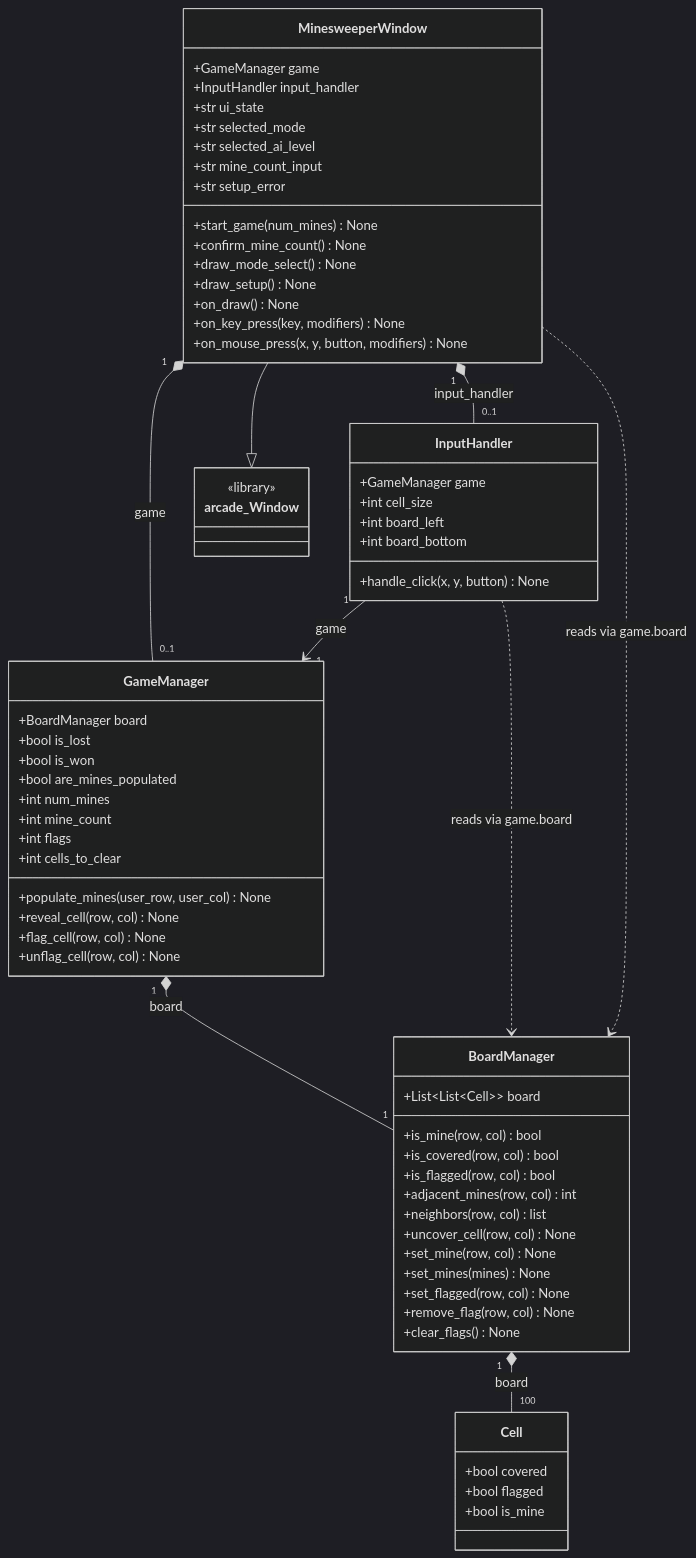
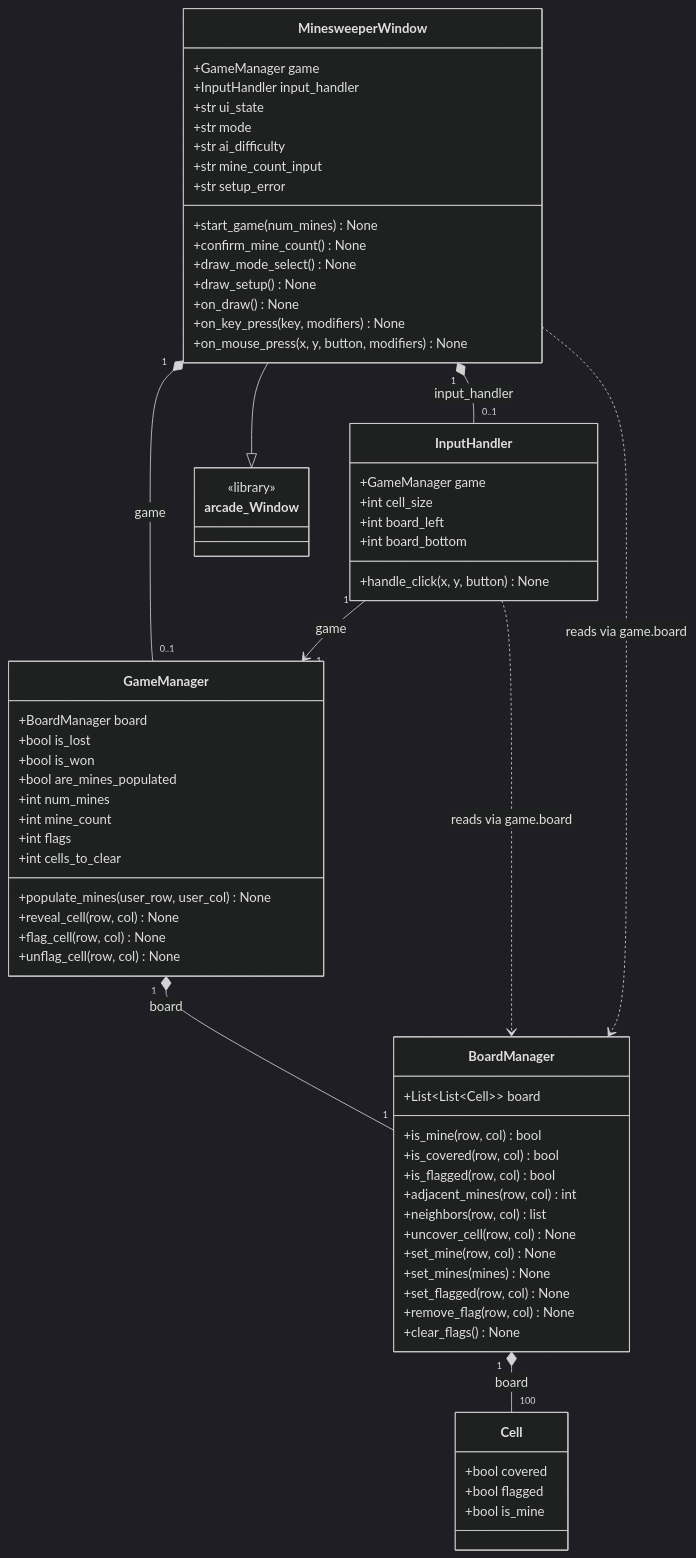
Before and after one commit to flec1115/EECS-581-MineSweeper: the third of 3 diagrams in README.md, drawn with Mermaid (dark theme). The commit also changed 3 other files, not shown here.

````diff
--- a/README.md
+++ b/README.md
@@ -173,78 +173,78 @@
 ```mermaid
 classDiagram
     direction TB
 
     class Cell {
       +bool covered
       +bool flagged
       +bool is_mine
     }
 
     class BoardManager {
       +List~List~Cell~~ board
       +is_mine(row, col) bool
       +is_covered(row, col) bool
       +is_flagged(row, col) bool
       +adjacent_mines(row, col) int
       +neighbors(row, col) list
       +uncover_cell(row, col) None
       +set_mine(row, col) None
       +set_mines(mines) None
       +set_flagged(row, col) None
       +remove_flag(row, col) None
       +clear_flags() None
     }
 
     class GameManager {
       +BoardManager board
       +bool is_lost
       +bool is_won
       +bool are_mines_populated
       +int num_mines
       +int mine_count
       +int flags
       +int cells_to_clear
       +populate_mines(user_row, user_col) None
       +reveal_cell(row, col) None
       +flag_cell(row, col) None
       +unflag_cell(row, col) None
     }
 
     class InputHandler {
       +GameManager game
       +int cell_size
       +int board_left
       +int board_bottom
       +handle_click(x, y, button) None
     }
 
     class MinesweeperWindow {
       +GameManager game
       +InputHandler input_handler
       +str ui_state
-      +str selected_mode
-      +str selected_ai_level
+      +str mode
+      +str ai_difficulty
       +str mine_count_input
       +str setup_error
       +start_game(num_mines) None
       +confirm_mine_count() None
       +draw_mode_select() None
       +draw_setup() None
       +on_draw() None
       +on_key_press(key, modifiers) None
       +on_mouse_press(x, y, button, modifiers) None
     }
 
     class arcade_Window {
       <<library>>
     }
 
     BoardManager "1" *-- "100" Cell : board
     GameManager "1" *-- "1" BoardManager : board
     MinesweeperWindow "1" *-- "0..1" GameManager : game
     MinesweeperWindow "1" *-- "0..1" InputHandler : input_handler
     InputHandler "1" --> "1" GameManager : game
     MinesweeperWindow --|> arcade_Window
     InputHandler ..> BoardManager : reads via game.board
     MinesweeperWindow ..> BoardManager : reads via game.board
 ```
````
